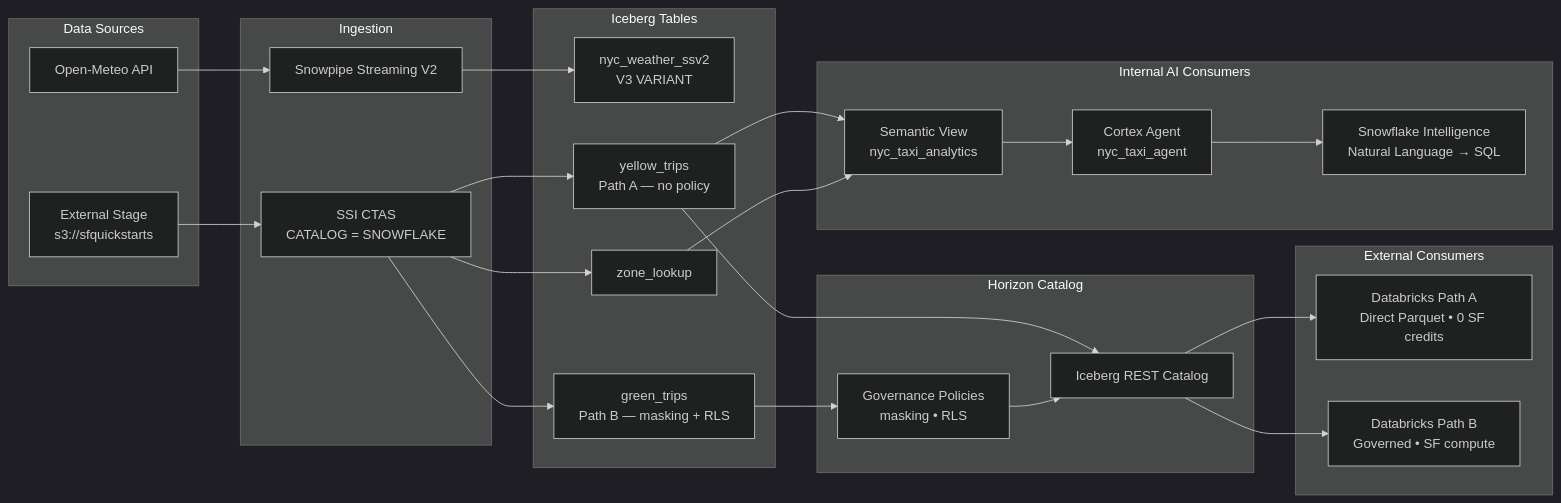
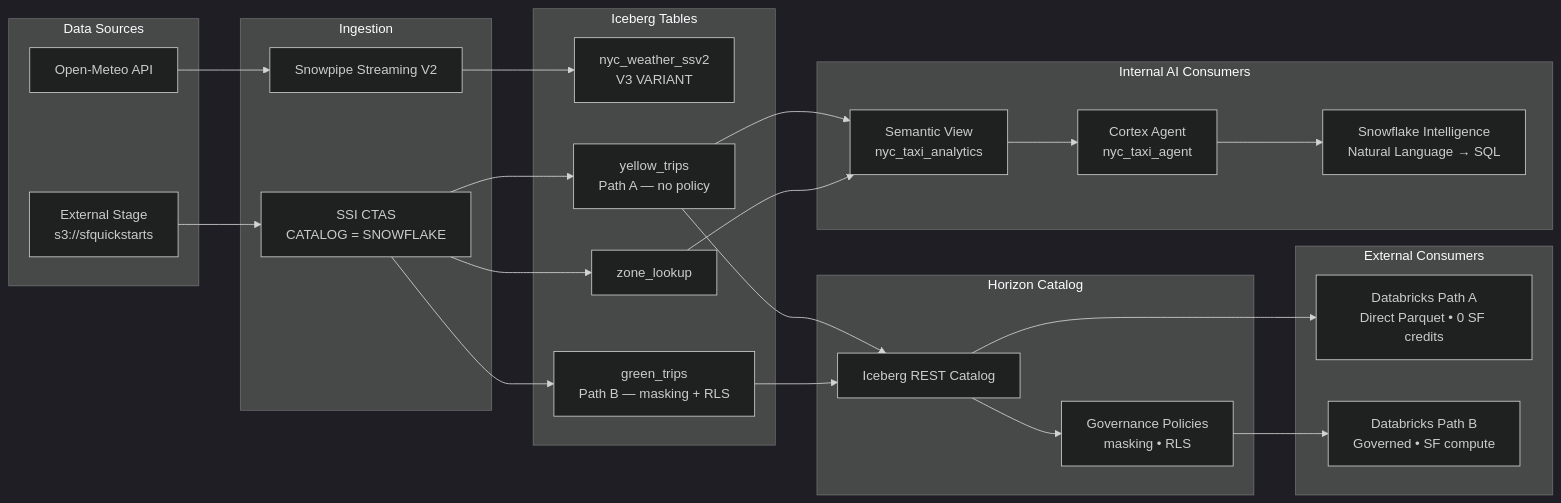
One commit to sfc-gh-swalia/vhol-snowflake-storage-iceberg-w-horizon changed the diagram in README.md. Above: the diagram before and after it, drawn with Mermaid (dark theme).

Commit message:
Fix Mermaid Path B routing order (IRC → GOV) and add arch.png

````diff
--- a/README.md
+++ b/README.md
@@ -19,43 +19,43 @@
 ```mermaid
 flowchart LR
     subgraph SOURCES["Data Sources"]
         API[Open-Meteo API]
         S3[External Stage<br/>s3://sfquickstarts]
     end
 
     subgraph INGEST["Ingestion"]
         SSV2[Snowpipe Streaming V2]
         CTAS[SSI CTAS<br/>CATALOG = SNOWFLAKE]
     end
 
     subgraph ICEBERG["Iceberg Tables"]
         WT[nyc_weather_ssv2<br/>V3 VARIANT]
         YT[yellow_trips<br/>Path A — no policy]
         GT[green_trips<br/>Path B — masking + RLS]
         ZL[zone_lookup]
     end
 
     subgraph CATALOG["Horizon Catalog"]
         IRC[Iceberg REST Catalog]
         GOV[Governance Policies<br/>masking • RLS]
     end
 
     subgraph EXTERNAL["External Consumers"]
         DBX_A[Databricks Path A<br/>Direct Parquet • 0 SF credits]
         DBX_B[Databricks Path B<br/>Governed • SF compute]
     end
 
     subgraph INTERNAL["Internal AI Consumers"]
         SV[Semantic View<br/>nyc_taxi_analytics]
         AGENT[Cortex Agent<br/>nyc_taxi_agent]
         SI[Snowflake Intelligence<br/>Natural Language → SQL]
     end
 
     API --> SSV2 --> WT
     S3 --> CTAS --> YT & GT & ZL
 
     YT --> IRC --> DBX_A
-    GT --> GOV --> IRC --> DBX_B
+    GT --> IRC --> GOV --> DBX_B
 
     YT & ZL --> SV --> AGENT --> SI
 ```
````
